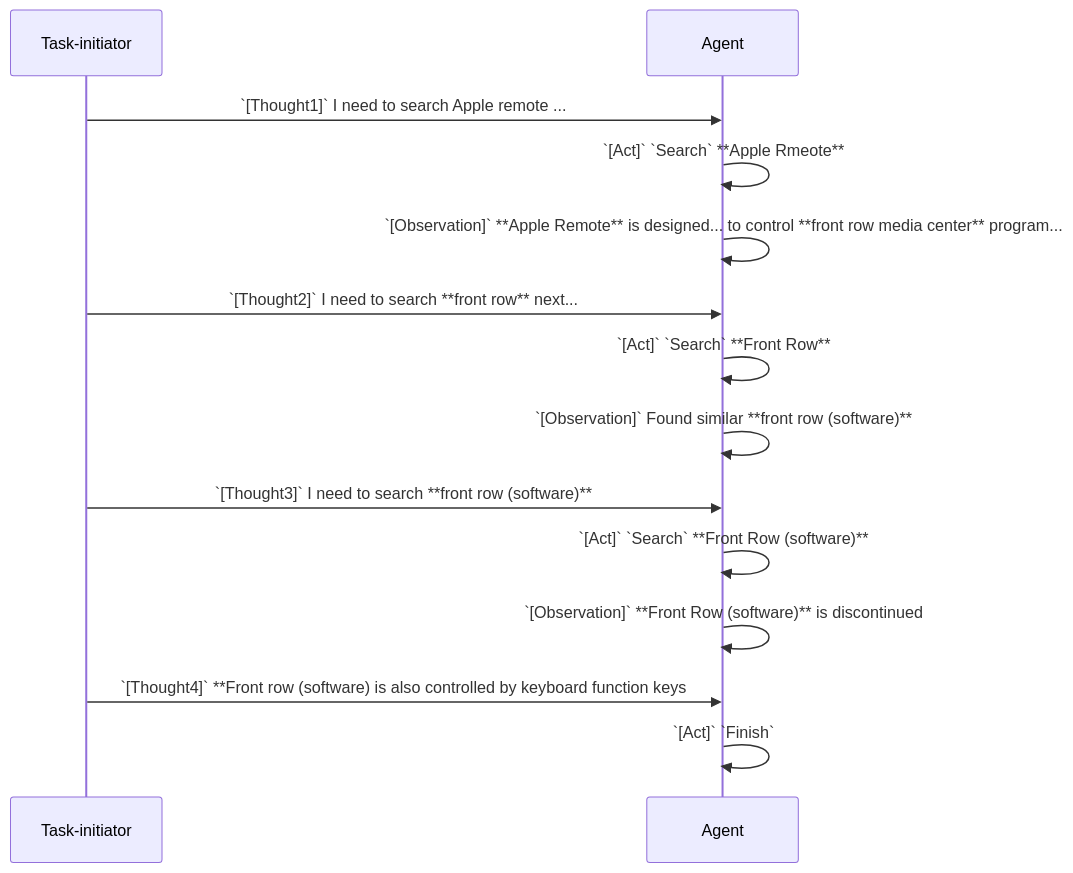
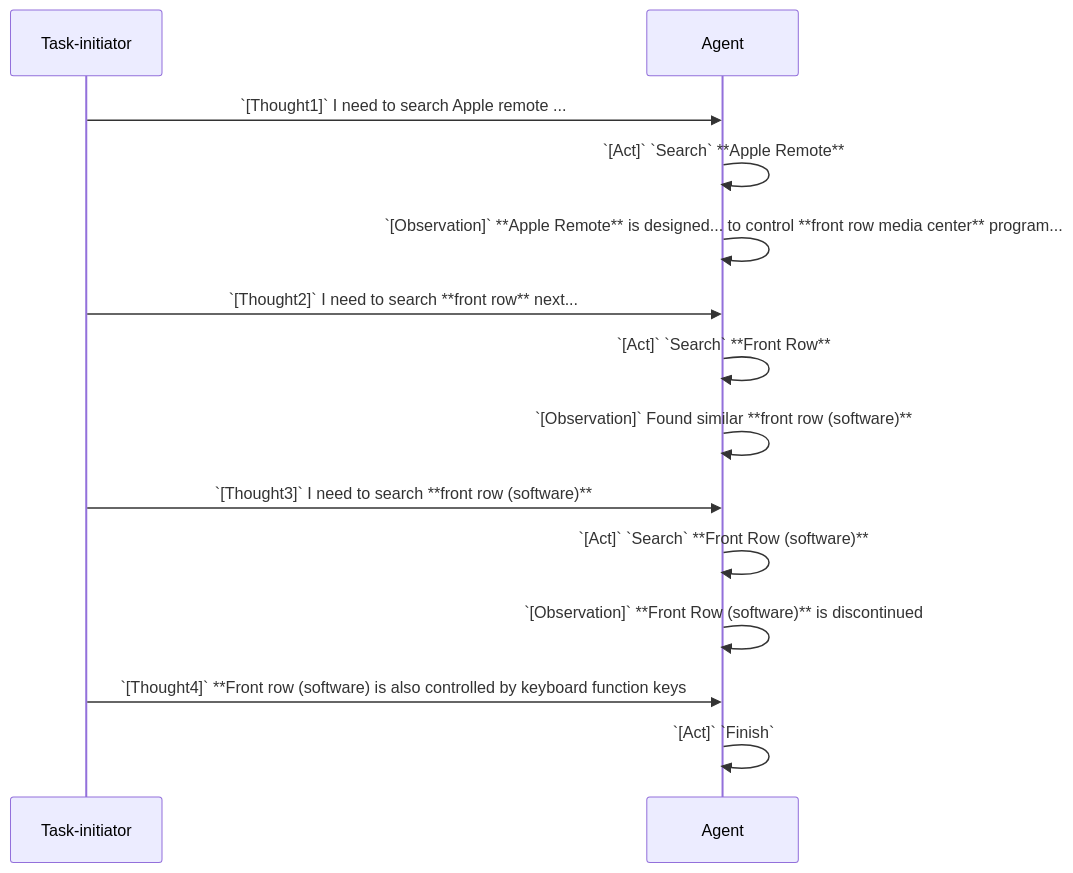
Before and after one commit to yueguoguo/yueguoguo.github.io: the first of 2 diagrams in _posts/2024-11-31-service-as-a-software.md, drawn with Mermaid. The commit also changed other lines of this file, not shown here.

```diff
--- a/_posts/2024-11-31-service-as-a-software.md
+++ b/_posts/2024-11-31-service-as-a-software.md
@@ -89,14 +89,14 @@
 <div class="mermaid">
 sequenceDiagram
     Task-initiator->>Agent: `[Thought1]` I need to search Apple remote ...
-    Agent->>Agent: `[Act]` `Search` **Apple Rmeote**
+    Agent->>Agent: `[Act]` `Search` **Apple Remote**
     Agent->>Agent: `[Observation]` **Apple Remote** is designed... to control **front row media center** program... 
     Task-initiator->>Agent: `[Thought2]` I need to search **front row** next...
     Agent->>Agent: `[Act]` `Search` **Front Row**
     Agent->>Agent: `[Observation]` Found similar **front row (software)**
     Task-initiator->>Agent: `[Thought3]` I need to search **front row (software)**
     Agent->>Agent: `[Act]` `Search` **Front Row (software)**
     Agent->>Agent: `[Observation]` **Front Row (software)** is discontinued
     Task-initiator->>Agent: `[Thought4]` **Front row (software) is also controlled by keyboard function keys
     Agent->>Agent: `[Act]` `Finish` 
 </div>
```
